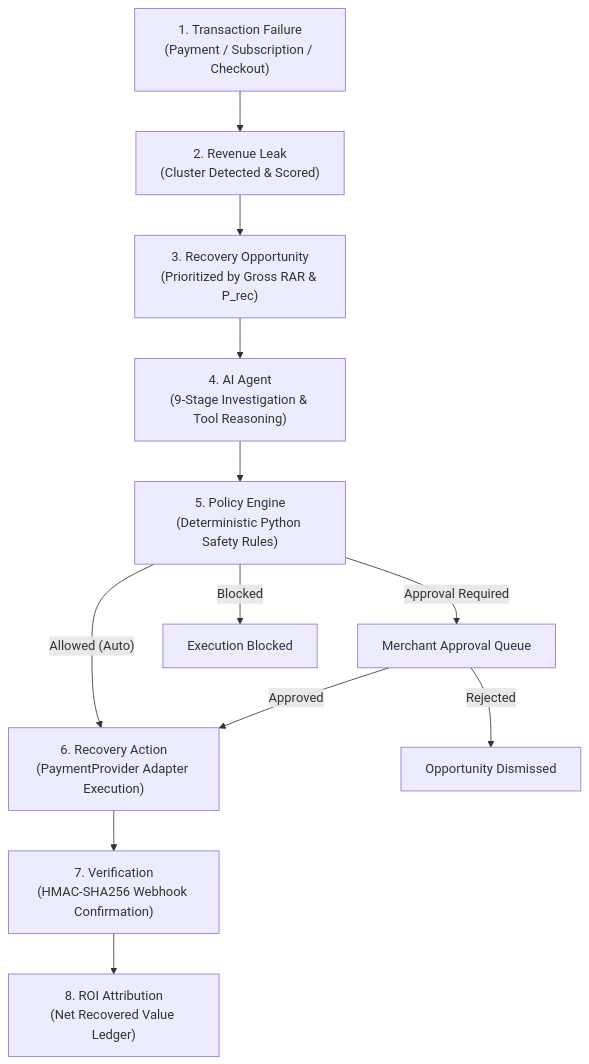
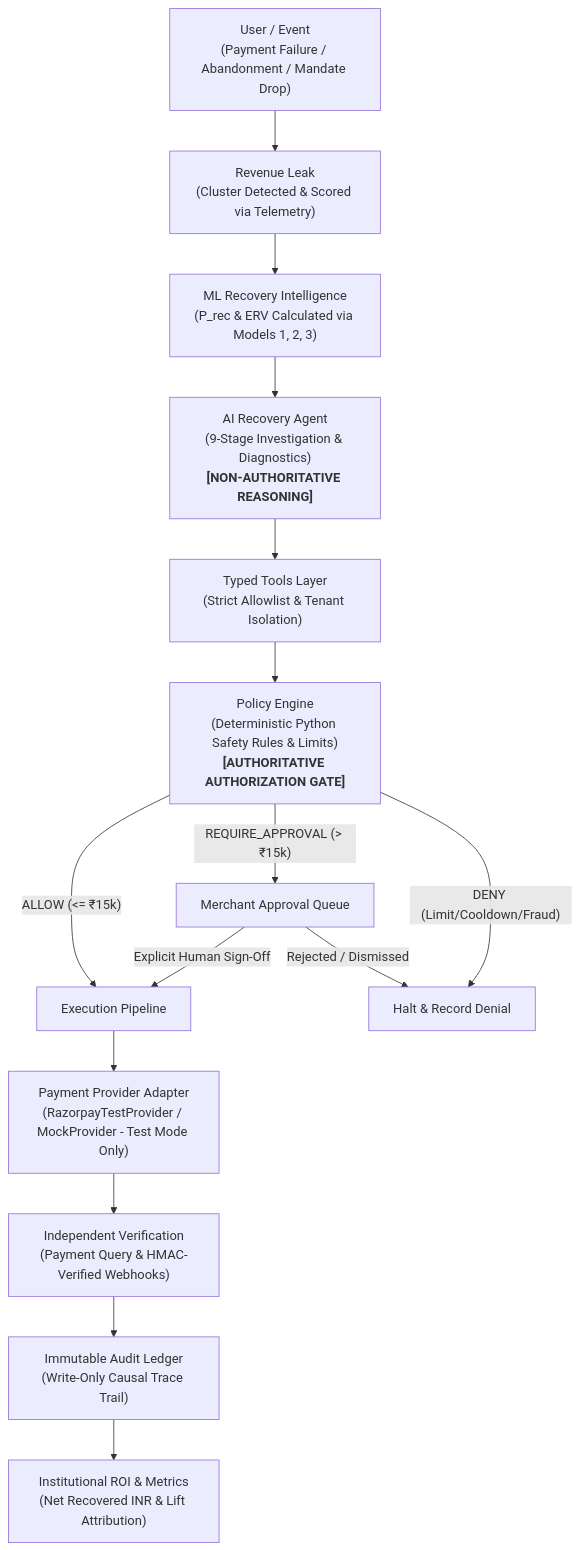
One commit to Kavinraj696/RevenueOS changed the first of 3 diagrams in docs/ARCHITECTURE.md. Above: the diagram before and after it, drawn with Mermaid. The commit also changed other lines of this file and 104 other files, not shown here.

Commit message:
feat: complete RevenueOS platform implementation across stages 2-8 with security, ML models, and demo scripts

````diff
--- a/docs/ARCHITECTURE.md
+++ b/docs/ARCHITECTURE.md
@@ -51,16 +54,19 @@
 ```mermaid
 flowchart TD
-    E1["1. Transaction Failure<br/>(Payment / Subscription / Checkout)"] --> E2["2. Revenue Leak<br/>(Cluster Detected & Scored)"]
-    E2 --> E3["3. Recovery Opportunity<br/>(Prioritized by Gross RAR & P_rec)"]
-    E3 --> E4["4. AI Agent<br/>(9-Stage Investigation & Tool Reasoning)"]
-    E4 --> E5["5. Policy Engine<br/>(Deterministic Python Safety Rules)"]
+    N1["User / Event<br/>(Payment Failure / Abandonment / Mandate Drop)"] --> N2["Revenue Leak<br/>(Cluster Detected & Scored via Telemetry)"]
+    N2 --> N3["ML Recovery Intelligence<br/>(P_rec & ERV Calculated via Models 1, 2, 3)"]
+    N3 --> N4["AI Recovery Agent<br/>(9-Stage Investigation & Diagnostics)<br/><b>[NON-AUTHORITATIVE REASONING]</b>"]
+    N4 --> N5["Typed Tools Layer<br/>(Strict Allowlist & Tenant Isolation)"]
+    N5 --> N6["Policy Engine<br/>(Deterministic Python Safety Rules & Limits)<br/><b>[AUTHORITATIVE AUTHORIZATION GATE]</b>"]
     
-    E5 -- "Allowed (Auto)" --> E6["6. Recovery Action<br/>(PaymentProvider Adapter Execution)"]
-    E5 -- "Approval Required" --> E5A["Merchant Approval Queue"]
-    E5A -- "Approved" --> E6
-    E5A -- "Rejected" --> E5B["Opportunity Dismissed"]
-    E5 -- "Blocked" --> E5C["Execution Blocked"]
+    N6 -- "ALLOW (<= ₹15k)" --> N7A["Execution Pipeline"]
+    N6 -- "REQUIRE_APPROVAL (> ₹15k)" --> N6A["Merchant Approval Queue"]
+    N6A -- "Explicit Human Sign-Off" --> N7A
+    N6A -- "Rejected / Dismissed" --> N6B["Halt & Record Denial"]
+    N6 -- "DENY (Limit/Cooldown/Fraud)" --> N6B
     
-    E6 --> E7["7. Verification<br/>(HMAC-SHA256 Webhook Confirmation)"]
-    E7 --> E8["8. ROI Attribution<br/>(Net Recovered Value Ledger)"]
+    N7A --> N7["Payment Provider Adapter<br/>(RazorpayTestProvider / MockProvider - Test Mode Only)"]
+    N7 --> N8["Independent Verification<br/>(Payment Query & HMAC-Verified Webhooks)"]
+    N8 --> N9["Immutable Audit Ledger<br/>(Write-Only Causal Trace Trail)"]
+    N9 --> N10["Institutional ROI & Metrics<br/>(Net Recovered INR & Lift Attribution)"]
 ```
````
